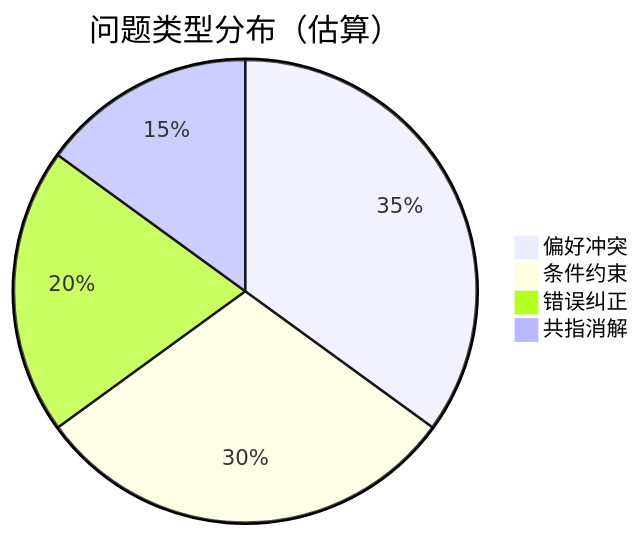
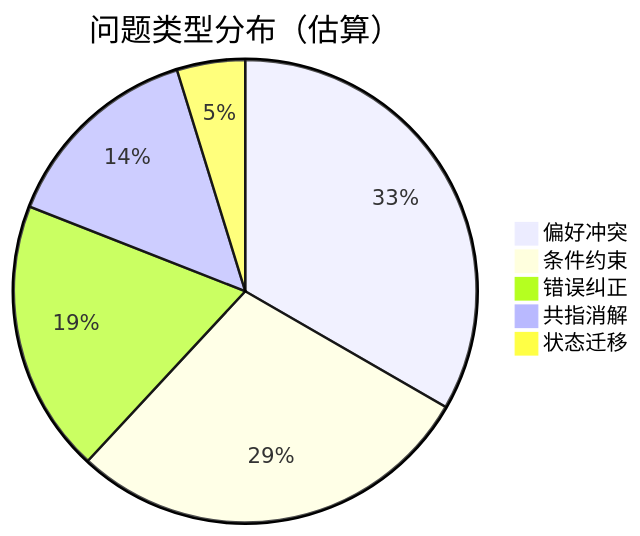
One commit to MiyakoMeow/DrivePal changed diagram 12 of 40 in BENCHMARK-VehicleMemBench.md. Above: the diagram before and after it, drawn with Mermaid. The commit also changed other lines of this file and 3 other files, not shown here.

````diff
--- a/BENCHMARK-VehicleMemBench.md
+++ b/BENCHMARK-VehicleMemBench.md
@@ -478,7 +463,8 @@
 ```mermaid
 pie title 问题类型分布（估算）
     "偏好冲突" : 35
     "条件约束" : 30
     "错误纠正" : 20
     "共指消解" : 15
+    "状态迁移" : 5
 ```
````
